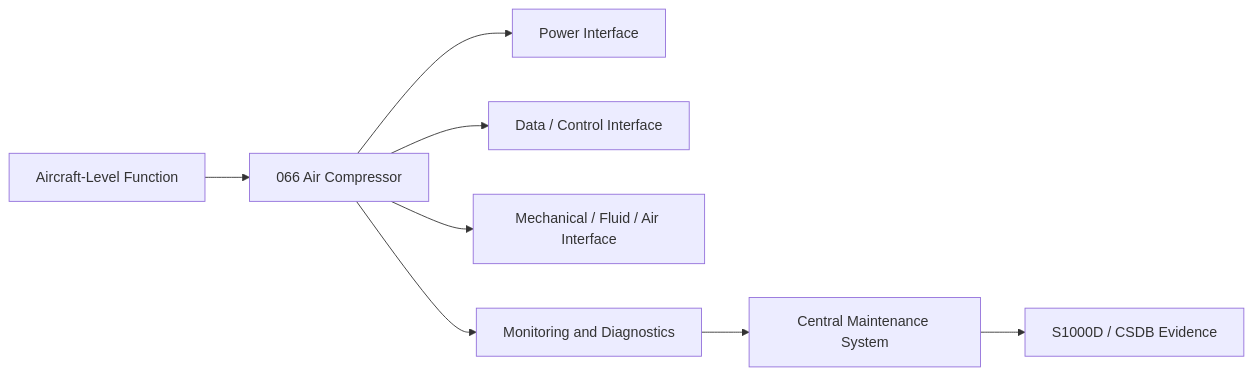
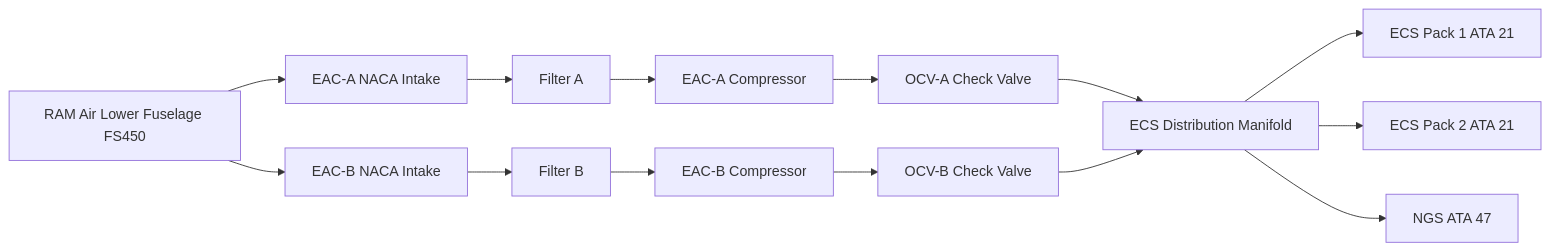
The first of 2 diagrams in Q+ATLANTIDE/000-099_ATLAS/060-069_Propulsion-Tradicional/066_Air-Compressor/066-030-Compressor-Inlet-and-Outlet-Interfaces.md (AmedeoPelliccia/Qplus-For-All-Queer-People-and-Quantum), drawn with Mermaid before and after one commit. The commit also changed other lines of this file and 9 other files, not shown here.

First line of the commit message:
docs: rewrite 066_Air-Compressor — 10 files contextualized for AMPEL360E eWTW

````diff
--- a/Q+ATLANTIDE/000-099_ATLAS/060-069_Propulsion-Tradicional/066_Air-Compressor/066-030-Compressor-Inlet-and-Outlet-Interfaces.md
+++ b/Q+ATLANTIDE/000-099_ATLAS/060-069_Propulsion-Tradicional/066_Air-Compressor/066-030-Compressor-Inlet-and-Outlet-Interfaces.md
@@ -153,10 +81,16 @@
 ```mermaid
 flowchart LR
-    A[Aircraft-Level Function] --> B[066 Air Compressor]
-    B --> C[Power Interface]
-    B --> D[Data / Control Interface]
-    B --> E[Mechanical / Fluid / Air Interface]
-    B --> F[Monitoring and Diagnostics]
-    F --> G[Central Maintenance System]
-    G --> H[S1000D / CSDB Evidence]
+    RAM[RAM Air Lower Fuselage FS450] --> INLET_A[EAC-A NACA Intake]
+    RAM --> INLET_B[EAC-B NACA Intake]
+    INLET_A --> FILTER_A[Filter A]
+    INLET_B --> FILTER_B[Filter B]
+    FILTER_A --> EAC_A[EAC-A Compressor]
+    FILTER_B --> EAC_B[EAC-B Compressor]
+    EAC_A --> OCV_A[OCV-A Check Valve]
+    EAC_B --> OCV_B[OCV-B Check Valve]
+    OCV_A --> MANIFOLD[ECS Distribution Manifold]
+    OCV_B --> MANIFOLD
+    MANIFOLD --> PACK1[ECS Pack 1 ATA 21]
+    MANIFOLD --> PACK2[ECS Pack 2 ATA 21]
+    MANIFOLD --> NGS[NGS ATA 47]
 ```
````
